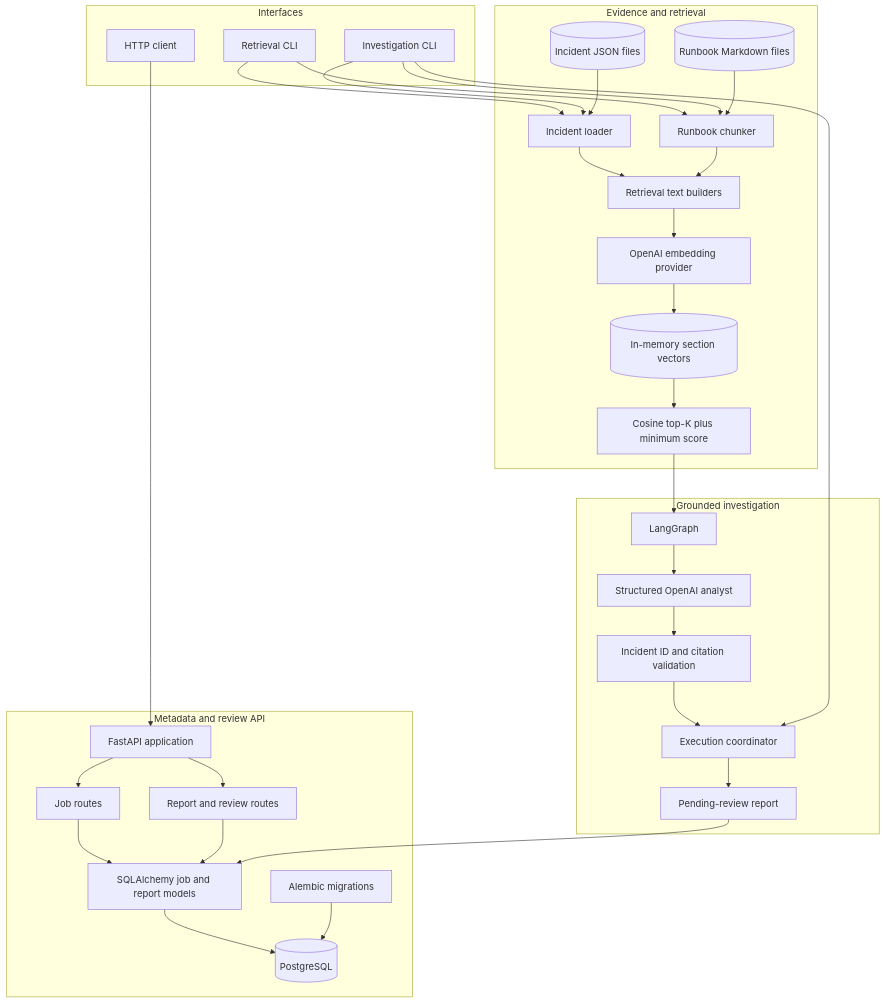
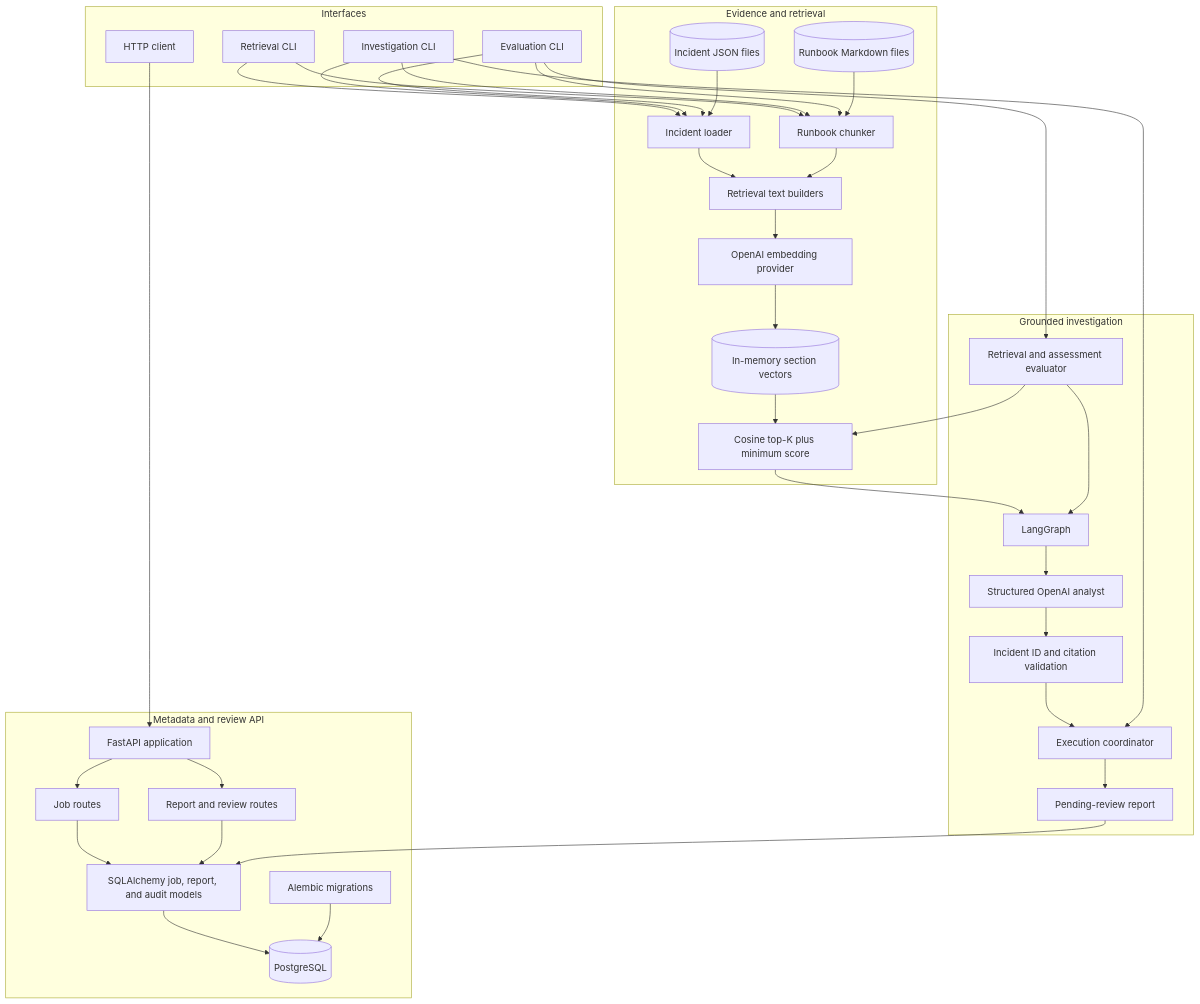
The first of 7 diagrams in README.md (shreyas671/RootPilot), drawn with Mermaid before and after one commit. The commit also changed other lines of this file and 20 other files, not shown here.

````diff
--- a/README.md
+++ b/README.md
@@ -181,63 +188,70 @@
 ```mermaid
 flowchart TD
     subgraph Interfaces[Interfaces]
         HTTP[HTTP client]
         RCLI[Retrieval CLI]
         ICLI[Investigation CLI]
+        ECLI[Evaluation CLI]
     end
 
     subgraph Metadata[Metadata and review API]
         API[FastAPI application]
         JOBAPI[Job routes]
         REPORTAPI[Report and review routes]
-        ORM[SQLAlchemy job and report models]
+        ORM[SQLAlchemy job, report, and audit models]
         DB[(PostgreSQL)]
         MIG[Alembic migrations]
     end
 
     subgraph Evidence[Evidence and retrieval]
         IFIX[(Incident JSON files)]
         RFILES[(Runbook Markdown files)]
         ILOAD[Incident loader]
         RLOAD[Runbook chunker]
         TEXT[Retrieval text builders]
         EMBED[OpenAI embedding provider]
         MEMORY[(In-memory section vectors)]
         COS[Cosine top-K plus minimum score]
     end
 
     subgraph Investigation[Grounded investigation]
         GRAPH[LangGraph]
         ANALYST[Structured OpenAI analyst]
         VALIDATE[Incident ID and citation validation]
         EXEC[Execution coordinator]
         REPORT[Pending-review report]
+        EVAL[Retrieval and assessment evaluator]
     end
 
     HTTP --> API
     API --> JOBAPI
     API --> REPORTAPI
     JOBAPI --> ORM
     REPORTAPI --> ORM
     ORM --> DB
     MIG --> DB
 
     RCLI --> ILOAD
     RCLI --> RLOAD
     ICLI --> ILOAD
     ICLI --> RLOAD
+    ECLI --> ILOAD
+    ECLI --> RLOAD
     IFIX --> ILOAD
     RFILES --> RLOAD
     ILOAD --> TEXT
     RLOAD --> TEXT
     TEXT --> EMBED
     EMBED --> MEMORY
     MEMORY --> COS
     COS --> GRAPH
     GRAPH --> ANALYST
     ANALYST --> VALIDATE
     VALIDATE --> EXEC
     ICLI --> EXEC
     EXEC --> REPORT
     REPORT --> ORM
+    ECLI --> EVAL
+    EVAL --> COS
+    EVAL --> GRAPH
 ```
````
